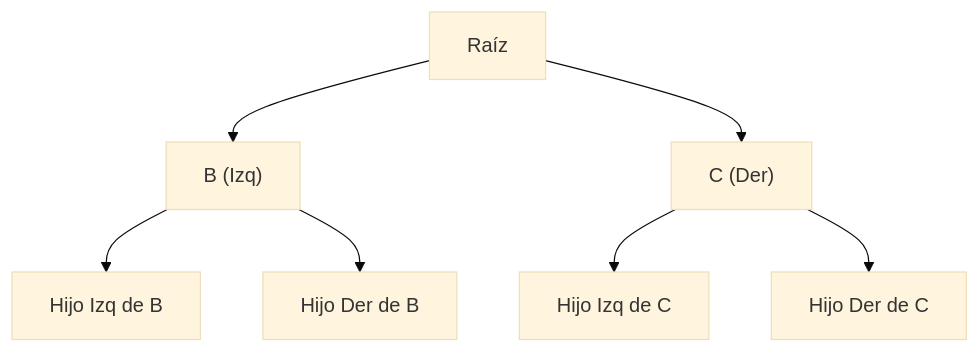
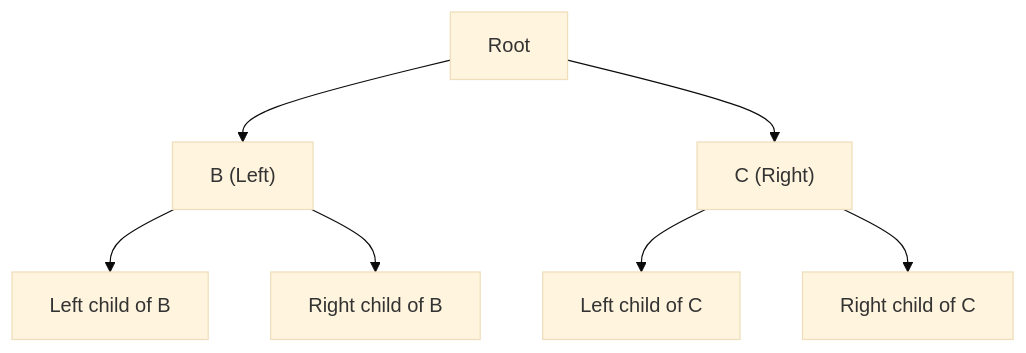
The first of 8 diagrams in readME.md (StevenMolina22/adt_c), drawn with Mermaid (base theme) before and after one commit. The commit also changed other lines of this file, not shown here.

````diff
--- a/readME.md
+++ b/readME.md
@@ -218,9 +216,9 @@
 ```mermaid
 graph TD;
-    A[Raíz] --> B["B (Izq)"]
-    A --> C["C (Der)"]
-    B --> D[Hijo Izq de B]
-    B --> E[Hijo Der de B]
-    C --> F[Hijo Izq de C]
-    C --> G[Hijo Der de C]
+    A[Root] --> B["B (Left)"]
+    A --> C["C (Right)"]
+    B --> D[Left child of B]
+    B --> E[Right child of B]
+    C --> F[Left child of C]
+    C --> G[Right child of C]
 ```
````
